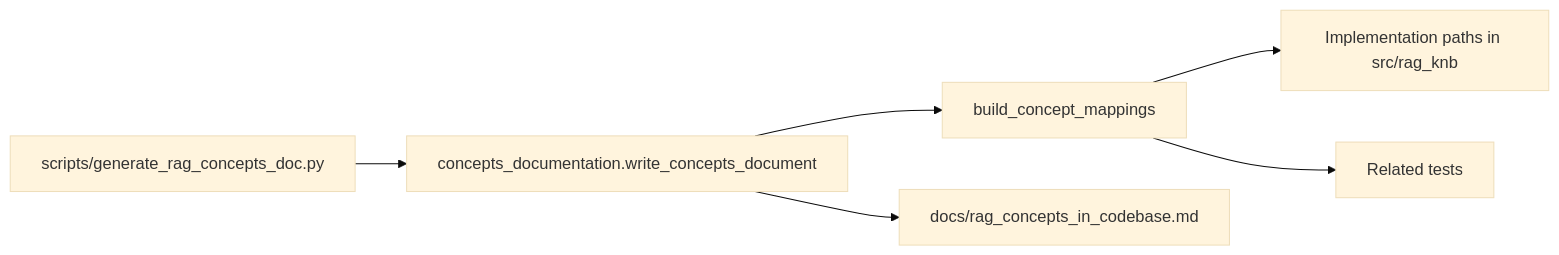
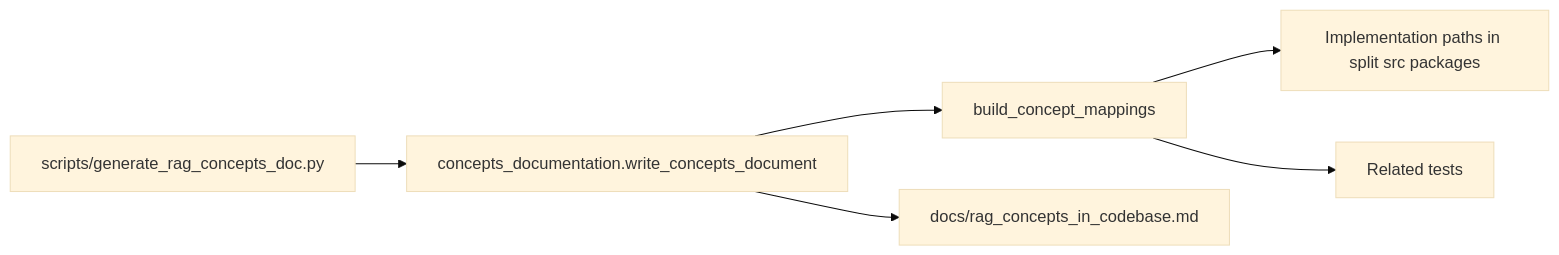
The tenth of 11 diagrams in 02_rag_knowledge_base/diagrams.md (OlyaFilatova/ai_projects), drawn with Mermaid (base theme) before and after one commit. The commit also changed other lines of this file and 79 other files, not shown here.

````diff
--- a/02_rag_knowledge_base/diagrams.md
+++ b/02_rag_knowledge_base/diagrams.md
@@ -301,8 +298,8 @@
 ```mermaid
 flowchart LR
     Script[scripts/generate_rag_concepts_doc.py] --> Module[concepts_documentation.write_concepts_document]
     Module --> Catalog[build_concept_mappings]
-    Catalog --> CodeMap[Implementation paths in src/rag_knb]
+    Catalog --> CodeMap[Implementation paths in split src packages]
     Catalog --> TestMap[Related tests]
     Module --> Output[docs/rag_concepts_in_codebase.md]
 ```
````
